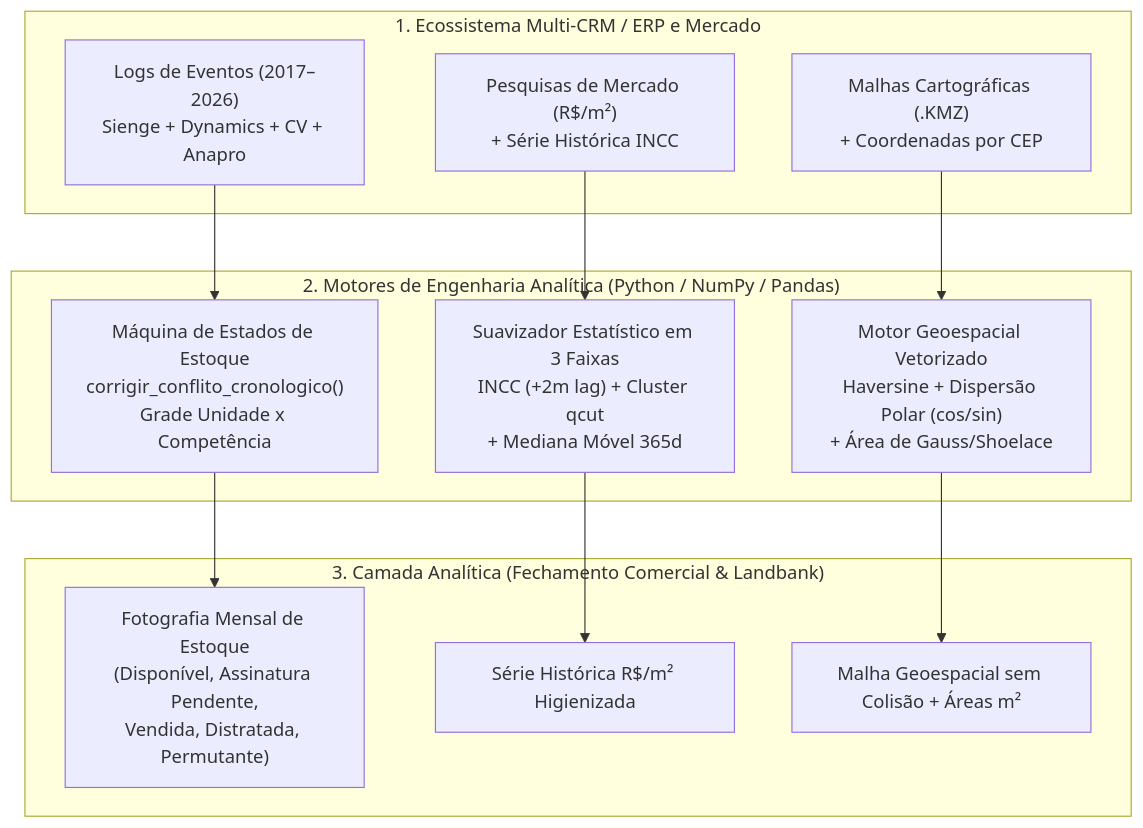
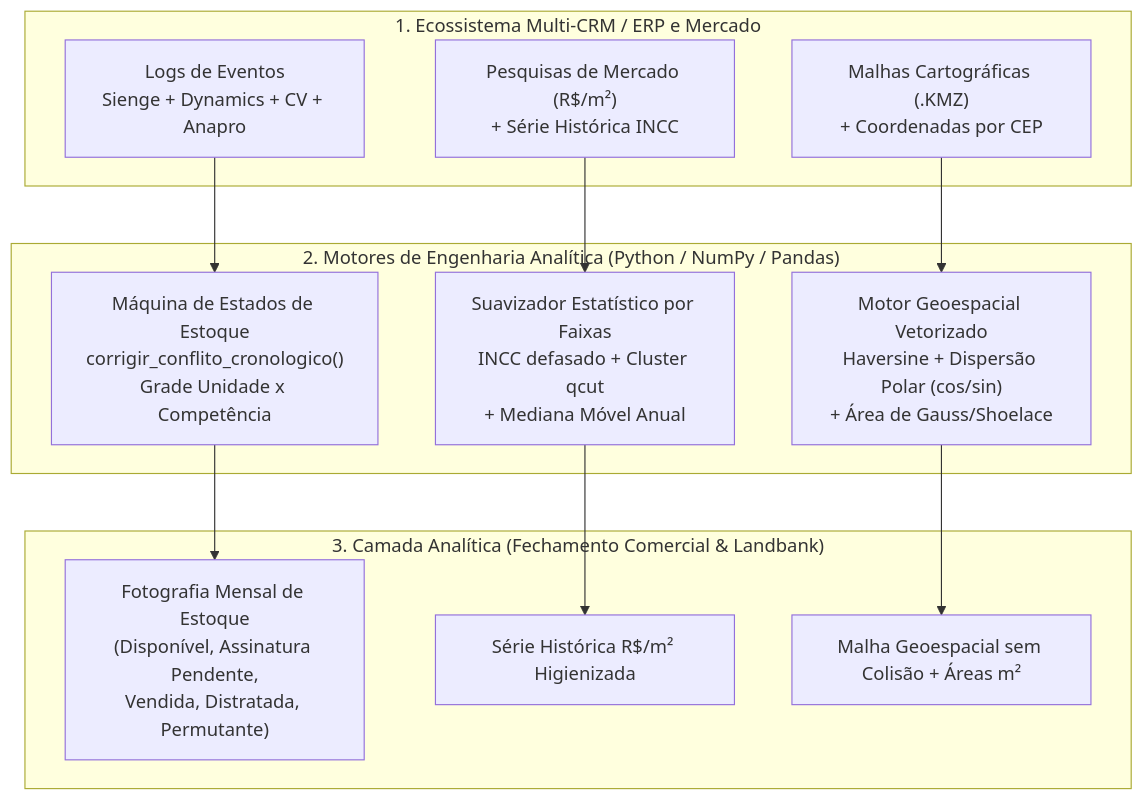
Before and after one commit to PedroEdus/portifolio: the first of 2 diagrams in case-studies/projeto-06-maquina-estados-imobiliario/README.md, drawn with Mermaid. The commit also changed other lines of this file and 10 other files, not shown here.

````diff
--- a/case-studies/projeto-06-maquina-estados-imobiliario/README.md
+++ b/case-studies/projeto-06-maquina-estados-imobiliario/README.md
@@ -22,24 +22,24 @@
 ```mermaid
 flowchart TD
     subgraph Fontes["1. Ecossistema Multi-CRM / ERP e Mercado"]
-        ERP["Logs de Eventos (2017–2026)<br/>Sienge + Dynamics + CV + Anapro"]
+        ERP["Logs de Eventos<br/>Sienge + Dynamics + CV + Anapro"]
         PESQ["Pesquisas de Mercado (R$/m²)<br/>+ Série Histórica INCC"]
         KMZ["Malhas Cartográficas (.KMZ)<br/>+ Coordenadas por CEP"]
     end
 
     subgraph Motores["2. Motores de Engenharia Analítica (Python / NumPy / Pandas)"]
         SM["Máquina de Estados de Estoque<br/>corrigir_conflito_cronologico()<br/>Grade Unidade x Competência"]
-        INCC["Suavizador Estatístico em 3 Faixas<br/>INCC (+2m lag) + Cluster qcut<br/>+ Mediana Móvel 365d"]
+        INCC["Suavizador Estatístico por Faixas<br/>INCC defasado + Cluster qcut<br/>+ Mediana Móvel Anual"]
         GEO["Motor Geoespacial Vetorizado<br/>Haversine + Dispersão Polar (cos/sin)<br/>+ Área de Gauss/Shoelace"]
     end
 
     subgraph Saidas["3. Camada Analítica (Fechamento Comercial & Landbank)"]
         FOTO["Fotografia Mensal de Estoque<br/>(Disponível, Assinatura Pendente,<br/>Vendida, Distratada, Permutante)"]
         SERIE["Série Histórica R$/m² Higienizada"]
         MAPA["Malha Geoespacial sem Colisão + Áreas m²"]
     end
 
     ERP --> SM --> FOTO
     PESQ --> INCC --> SERIE
     KMZ --> GEO --> MAPA
 ```
````
